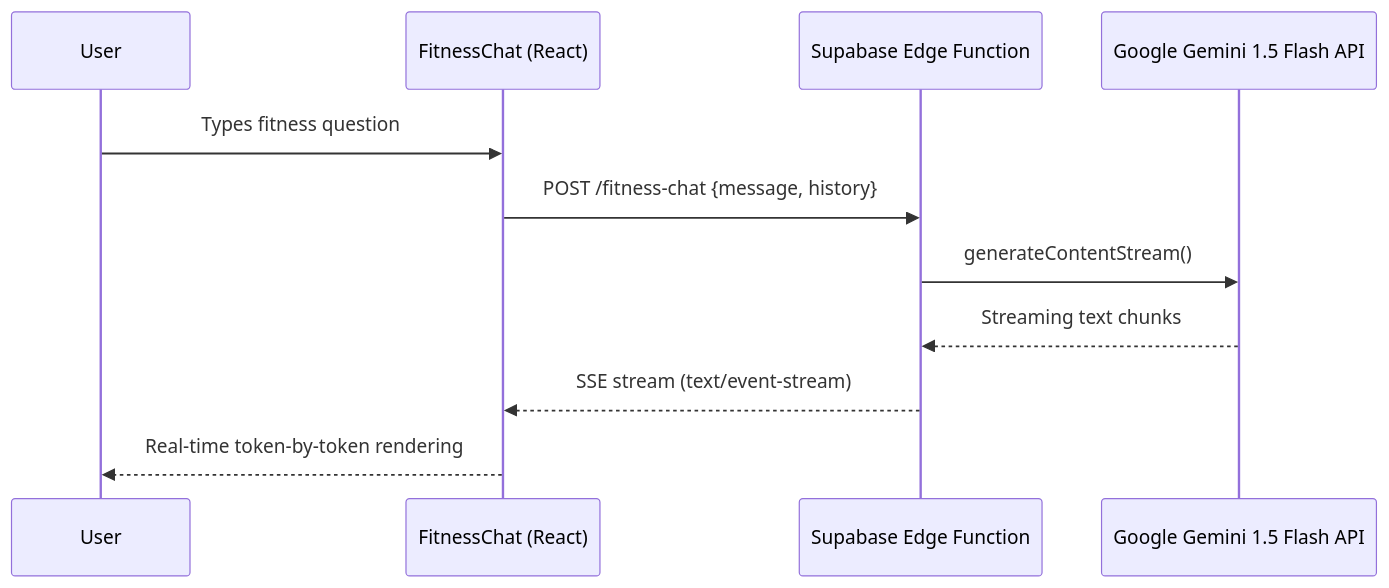
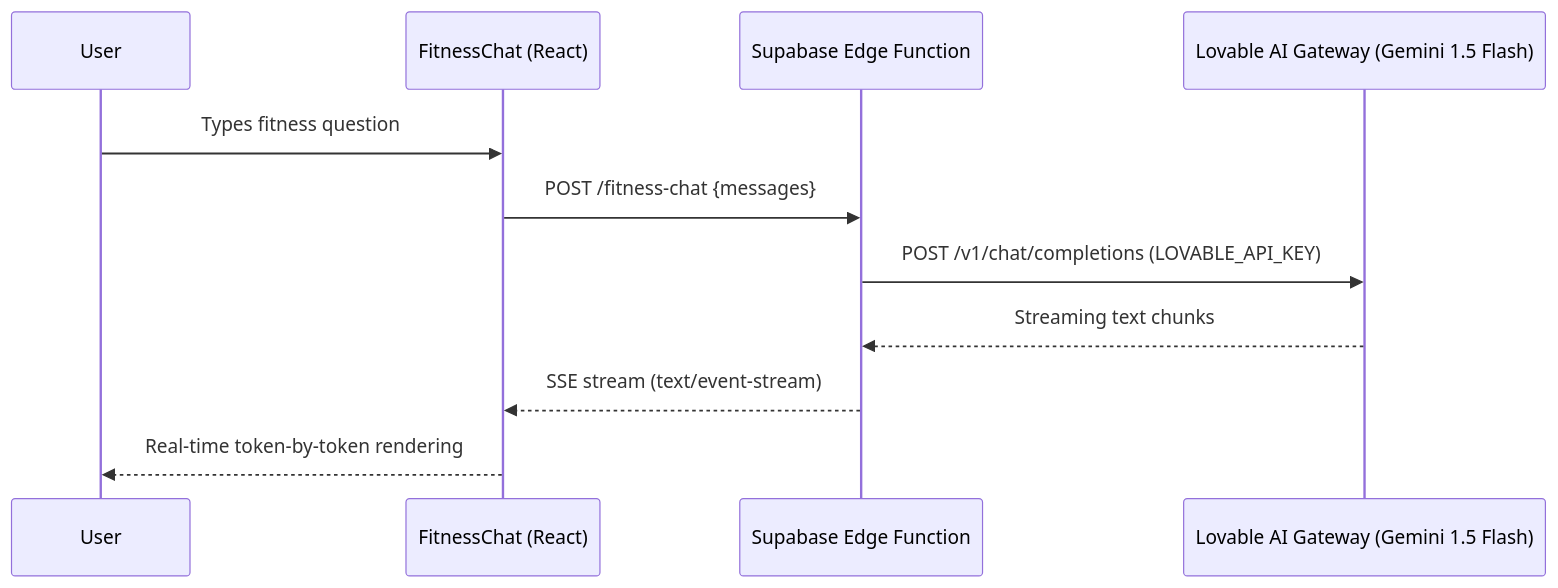
Before and after one commit to AradhyaMalaviya/art-decoder-tool: the first of 2 diagrams in FitBox_Synopsis.md, drawn with Mermaid. The commit also changed other lines of this file and 1 other file, not shown here.

Commit message:
docs: update FitBox PRD and Synopsis to reflect dual-identity architecture and gateway AI

````diff
--- a/FitBox_Synopsis.md
+++ b/FitBox_Synopsis.md
@@ -39,14 +40,14 @@
 ```mermaid
 sequenceDiagram
     participant User
     participant FitnessChat (React)
     participant Supabase Edge Function
-    participant Google Gemini 1.5 Flash API
+    participant Lovable AI Gateway (Gemini 1.5 Flash)
 
     User->>FitnessChat (React): Types fitness question
-    FitnessChat (React)->>Supabase Edge Function: POST /fitness-chat {message, history}
-    Supabase Edge Function->>Google Gemini 1.5 Flash API: generateContentStream()
-    Google Gemini 1.5 Flash API-->>Supabase Edge Function: Streaming text chunks
+    FitnessChat (React)->>Supabase Edge Function: POST /fitness-chat {messages}
+    Supabase Edge Function->>Lovable AI Gateway (Gemini 1.5 Flash): POST /v1/chat/completions (LOVABLE_API_KEY)
+    Lovable AI Gateway (Gemini 1.5 Flash)-->>Supabase Edge Function: Streaming text chunks
     Supabase Edge Function-->>FitnessChat (React): SSE stream (text/event-stream)
     FitnessChat (React)-->>User: Real-time token-by-token rendering
 ```
````
